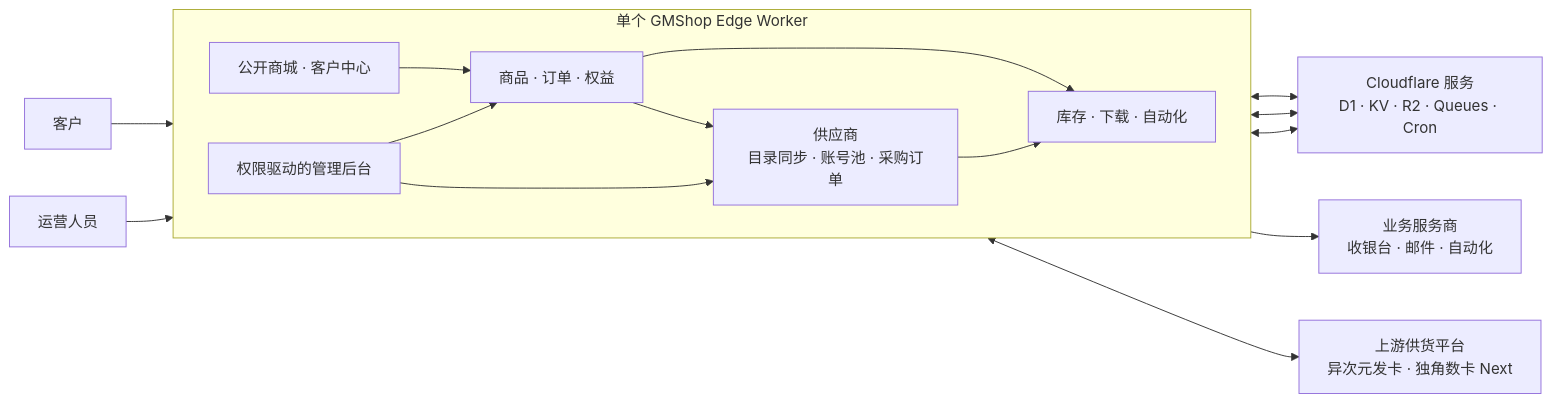
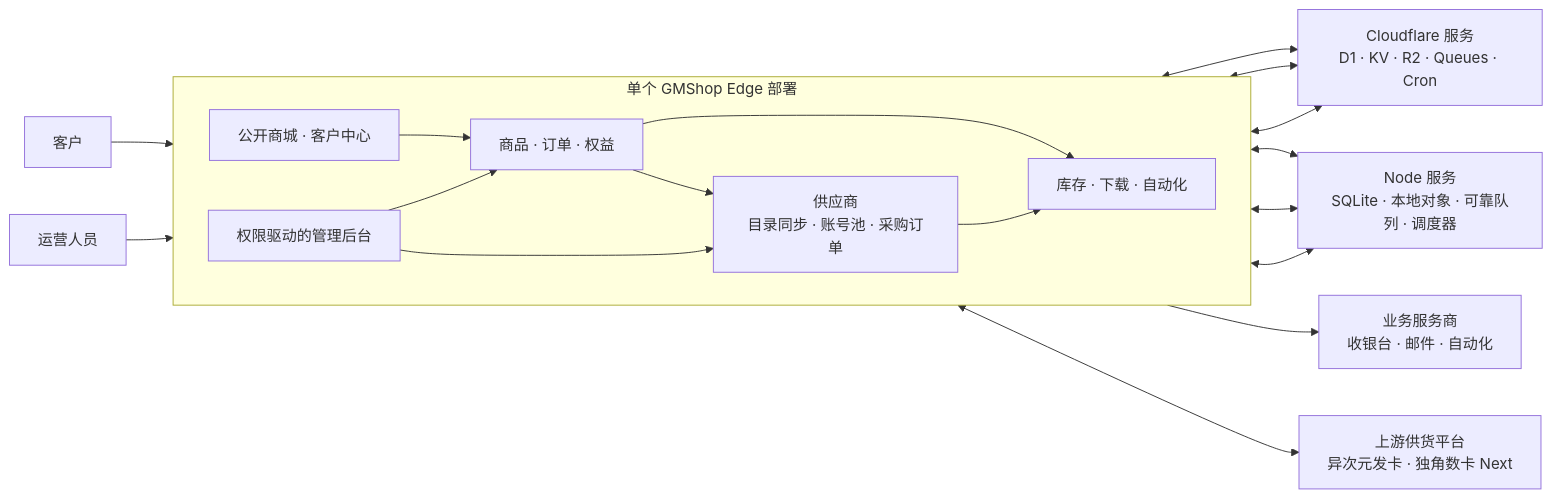
Before and after one commit to FuaerCN/gmshop-edge: the diagram in README.zh-CN.md, drawn with Mermaid. The commit also changed other lines of this file and 6 other files, not shown here.

````diff
--- a/README.zh-CN.md
+++ b/README.zh-CN.md
@@ -63,33 +64,37 @@
 ```mermaid
 flowchart LR
     Customer["客户"]
     Operator["运营人员"]
 
-    subgraph Worker["单个 GMShop Edge Worker"]
+    subgraph Runtime["单个 GMShop Edge 部署"]
         direction LR
         Storefront["公开商城 · 客户中心"]
         Admin["权限驱动的管理后台"]
         Commerce["商品 · 订单 · 权益"]
         Suppliers["供应商<br/>目录同步 · 账号池 · 采购订单"]
         Delivery["库存 · 下载 · 自动化"]
 
         Storefront --> Commerce
         Admin --> Commerce
         Admin --> Suppliers
         Commerce --> Delivery
         Commerce --> Suppliers
         Suppliers --> Delivery
     end
 
     Cloudflare["Cloudflare 服务<br/>D1 · KV · R2 · Queues · Cron"]
+    Node["Node 服务<br/>SQLite · 本地对象 · 可靠队列 · 调度器"]
     Providers["业务服务商<br/>收银台 · 邮件 · 自动化"]
     Upstreams["上游供货平台<br/>异次元发卡 · 独角数卡 Next"]
 
     Customer --> Storefront
     Operator --> Admin
     Commerce <--> Cloudflare
     Suppliers <--> Cloudflare
     Delivery <--> Cloudflare
+    Commerce <--> Node
+    Suppliers <--> Node
+    Delivery <--> Node
     Delivery --> Providers
     Suppliers <--> Upstreams
 ```
````
